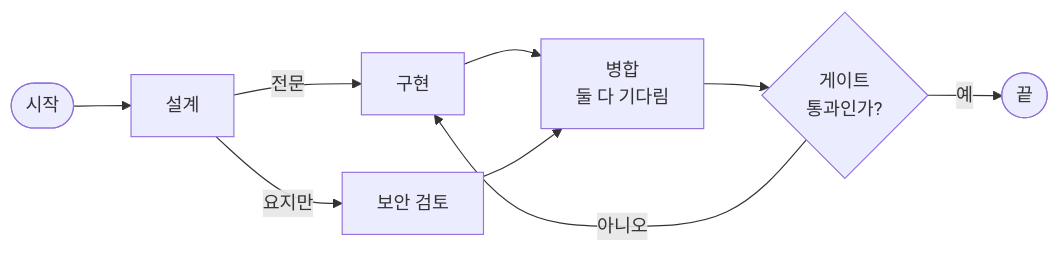
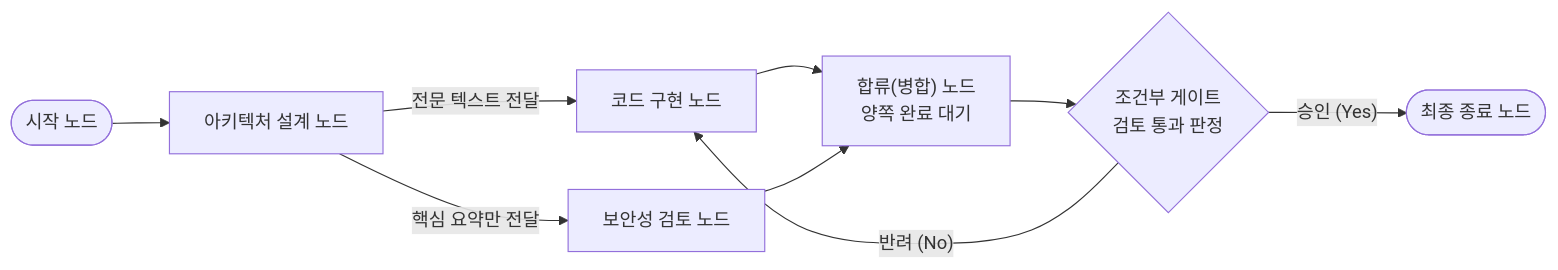
The first of 2 diagrams in lectures/04-core-techniques/04-orchestration.md (HaJaehee/MultiAgentDebateAndOrchestrationPlatform), drawn with Mermaid before and after one commit. The commit also changed other lines of this file and 39 other files, not shown here.

````diff
--- a/lectures/04-core-techniques/04-orchestration.md
+++ b/lectures/04-core-techniques/04-orchestration.md
@@ -141,11 +92,11 @@
 ```mermaid
 flowchart LR
-    s(["시작"]) --> a["설계"]
-    a -->|"전문"| b["구현"]
-    a -->|"요지만"| c["보안 검토"]
-    b --> m["병합<br/>둘 다 기다림"]
+    s(["시작 노드"]) --> a["아키텍처 설계 노드"]
+    a -->|"전문 텍스트 전달"| b["코드 구현 노드"]
+    a -->|"핵심 요약만 전달"| c["보안성 검토 노드"]
+    b --> m["합류(병합) 노드<br/>양쪽 완료 대기"]
     c --> m
-    m --> g{"게이트<br/>통과인가?"}
-    g -->|"아니오"| b
-    g -->|"예"| e(["끝"])
+    m --> g{"조건부 게이트<br/>검토 통과 판정"}
+    g -->|"반려 (No)"| b
+    g -->|"승인 (Yes)"| e(["최종 종료 노드"])
 ```
````
